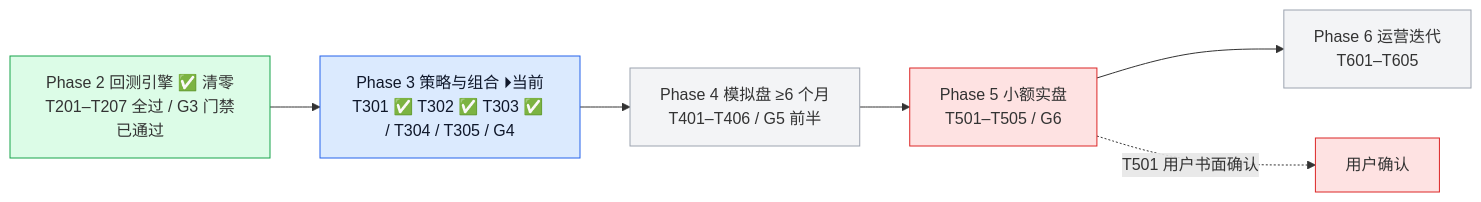
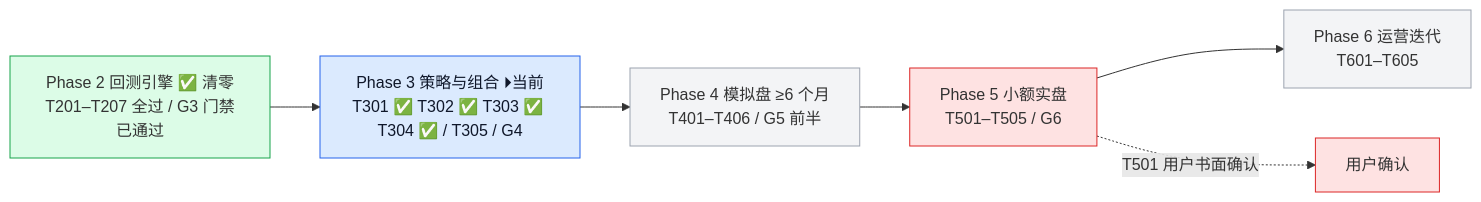
One commit to YZml1507/FinAI2.0 changed the fourth of 4 diagrams in docs/project_status_flowchart.md. Above: the diagram before and after it, drawn with Mermaid. The commit also changed other lines of this file and 3 other files, not shown here.

Commit message:
docs: T304 状态标记 — CLAUDE.md §0/§5/§7 + spec 快照 + 流程图（T304 ✅ / 435 绿 / 当前位 T305 评审）

````diff
--- a/docs/project_status_flowchart.md
+++ b/docs/project_status_flowchart.md
@@ -76,14 +76,14 @@
 ```mermaid
 flowchart LR
-  P2[Phase 2 回测引擎 ✅ 清零<br/>T201–T207 全过 / G3 门禁已通过] --> P3[Phase 3 策略与组合 ⏵当前<br/>T301 ✅ T302 ✅ T303 ✅ / T304 / T305 / G4]
+  P2[Phase 2 回测引擎 ✅ 清零<br/>T201–T207 全过 / G3 门禁已通过] --> P3[Phase 3 策略与组合 ⏵当前<br/>T301 ✅ T302 ✅ T303 ✅ T304 ✅ / T305 / G4]
   P3 --> P4[Phase 4 模拟盘 ≥6 个月<br/>T401–T406 / G5 前半]
   P4 --> P5[Phase 5 小额实盘<br/>T501–T505 / G6]
   P5 --> P6[Phase 6 运营迭代<br/>T601–T605]
   P5 -.->|T501 用户书面确认| USER[用户确认]
   style P2 fill:#dcfce7,stroke:#16a34a
   style P3 fill:#dbeafe,stroke:#2563eb,color:#0f172a
   style P4 fill:#f3f4f6,stroke:#9ca3af
   style P5 fill:#fee2e2,stroke:#dc2626
   style P6 fill:#f3f4f6,stroke:#9ca3af
   style USER fill:#fee2e2,stroke:#dc2626
 ```
````
